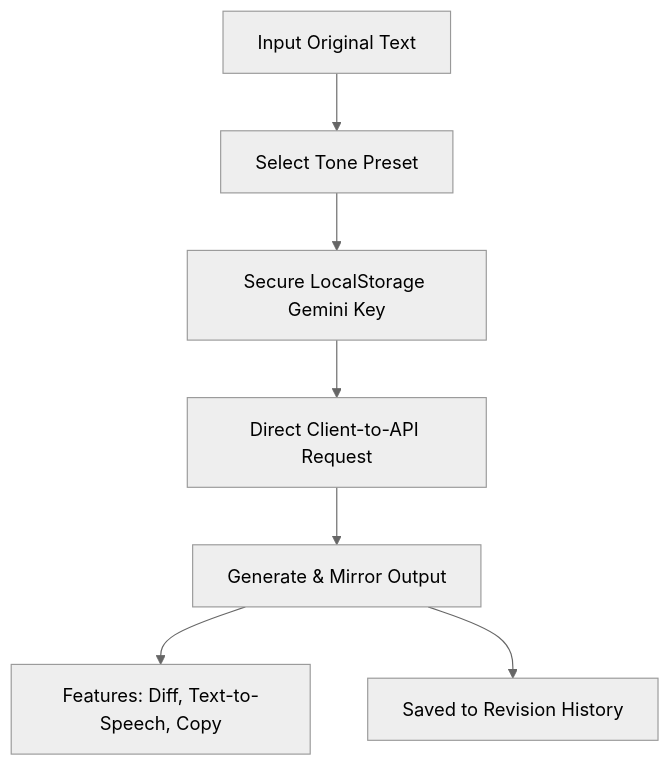
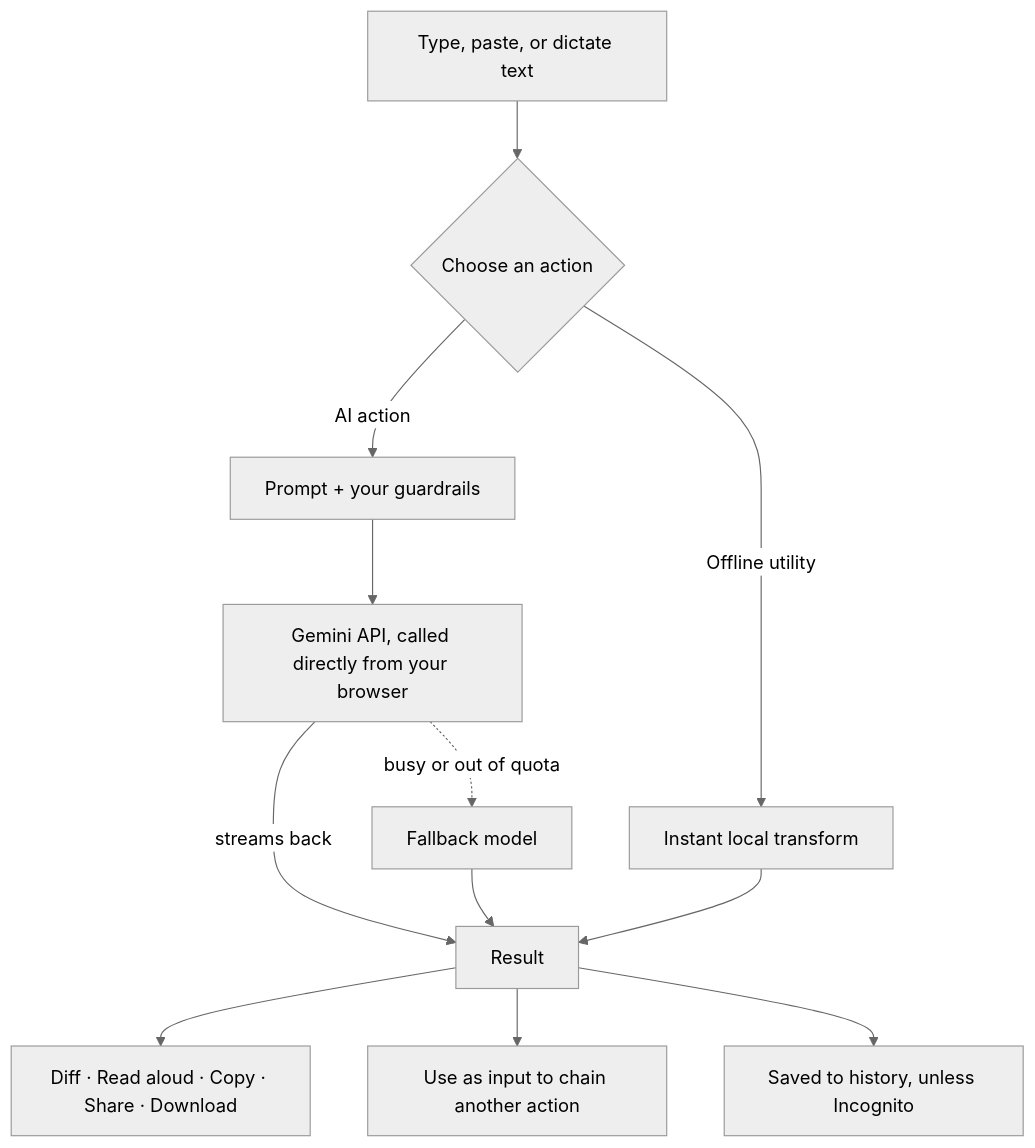
One commit to mahdialaaaldin/verbatim changed the diagram in README.md. Above: the diagram before and after it, drawn with Mermaid (neutral theme). The commit also changed other lines of this file, not shown here.

````diff
--- a/README.md
+++ b/README.md
@@ -65,9 +120,12 @@
 ```mermaid
 graph TD
-    A[Input Original Text] --> B[Select Tone Preset]
-    B --> C[Secure LocalStorage Gemini Key]
-    C --> D[Direct Client-to-API Request]
-    D --> E[Generate & Mirror Output]
-    E --> F[Features: Diff, Text-to-Speech, Copy]
-    E --> G[Saved to Revision History]
+    A[Type, paste, or dictate text] --> B{Choose an action}
+    B -->|AI action| C[Prompt + your guardrails]
+    C --> D[Gemini API, called directly from your browser]
+    D -->|streams back| E[Result]
+    D -.->|busy or out of quota| F[Fallback model] --> E
+    B -->|Offline utility| G[Instant local transform] --> E
+    E --> H[Diff · Read aloud · Copy · Share · Download]
+    E --> I[Use as input to chain another action]
+    E --> J[Saved to history, unless Incognito]
 ```
````
